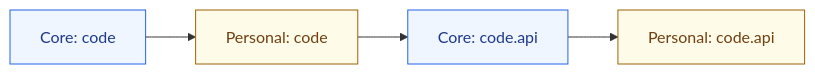
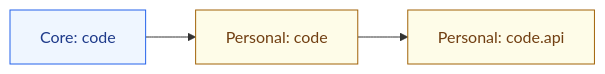
The fourth of 6 diagrams in DESIGN.md (DanMcInerney/orchflows), drawn with Mermaid before and after one commit. The commit also changed other lines of this file and 1 other file, not shown here.

Commit message:
Remove API code guidance
code.api.md never stated when it applies, so coordinators judged from the
bare name "api", which fits almost any code. In the last 20 days it went to
79 of 248 delegated code assignments, most with no request interface in
scope. code.md already covers contracts and boundaries; what remained
(pagination, repeated requests, machine-readable errors) needs no guidance.

DESIGN.md's composition example now takes code.api from a personal library.

````diff
--- a/DESIGN.md
+++ b/DESIGN.md
@@ -124,10 +124,9 @@
 ```mermaid
 flowchart LR
     A[Core: code] --> B[Personal: code]
-    B --> C[Core: code.api]
-    C --> D[Personal: code.api]
+    B --> C[Personal: code.api]
     classDef core fill:#eff6ff,stroke:#2563eb,color:#1e3a8a;
     classDef personal fill:#fefce8,stroke:#a16207,color:#713f12;
-    class A,C core;
-    class B,D personal;
+    class A core;
+    class B,C personal;
 ```
````
